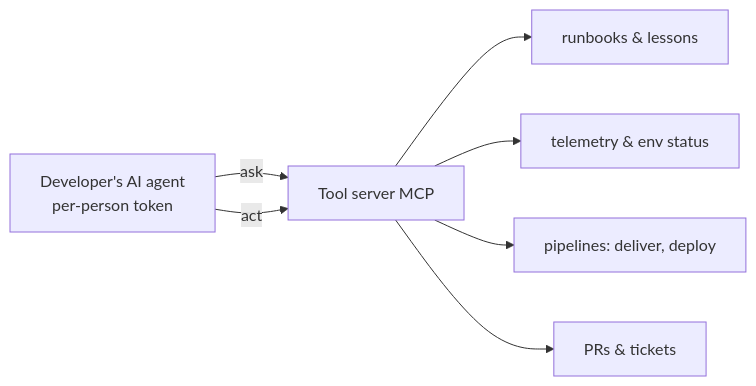
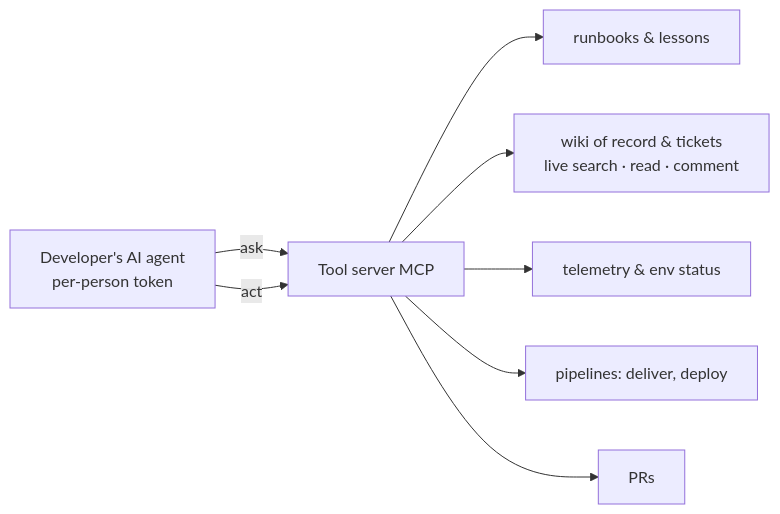
The diagram in baseline/factory.md (savvaniss/compounding-model), drawn with Mermaid before and after one commit. The commit also changed other lines of this file and 10 other files, not shown here.

````diff
--- a/baseline/factory.md
+++ b/baseline/factory.md
@@ -14,9 +14,10 @@
 ```mermaid
 flowchart LR
   DEV[Developer's AI agent<br/>per-person token] -->|ask| MCP[Tool server MCP]
   DEV -->|act| MCP
   MCP --> RB[runbooks & lessons]
+  MCP --> KW[wiki of record & tickets<br/>live search · read · comment]
   MCP --> TE[telemetry & env status]
   MCP --> PI[pipelines: deliver, deploy]
-  MCP --> TK[PRs & tickets]
+  MCP --> TK[PRs]
 ```
````
